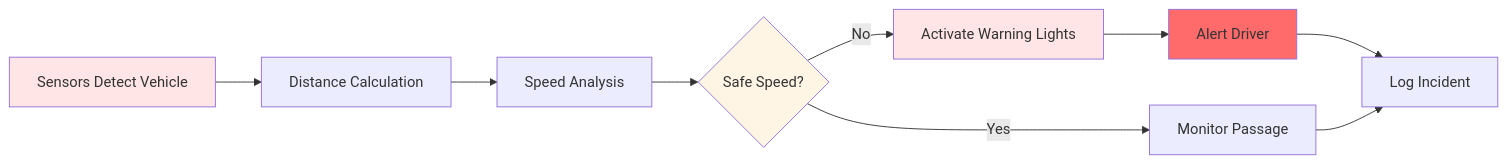
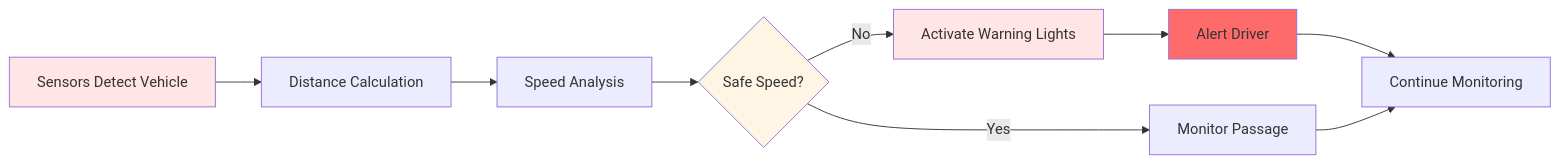
The first of 2 diagrams in README.md (FlemingJohn/U-Turn-Guardians), drawn with Mermaid before and after one commit. The commit also changed other lines of this file, not shown here.

````diff
--- a/README.md
+++ b/README.md
@@ -47,16 +47,16 @@
 ```mermaid
 graph LR
     A[Sensors Detect Vehicle] --> B[Distance Calculation]
     B --> C[Speed Analysis]
     C --> D{Safe Speed?}
     D -->|No| E[Activate Warning Lights]
     D -->|Yes| F[Monitor Passage]
     E --> G[Alert Driver]
-    G --> H[Log Incident]
+    G --> H[Continue Monitoring]
     F --> H
     
     style A fill:#FFE5E5
     style D fill:#FFF5E5
     style E fill:#FFE5E5
     style G fill:#FF6B6B
 ```
````
